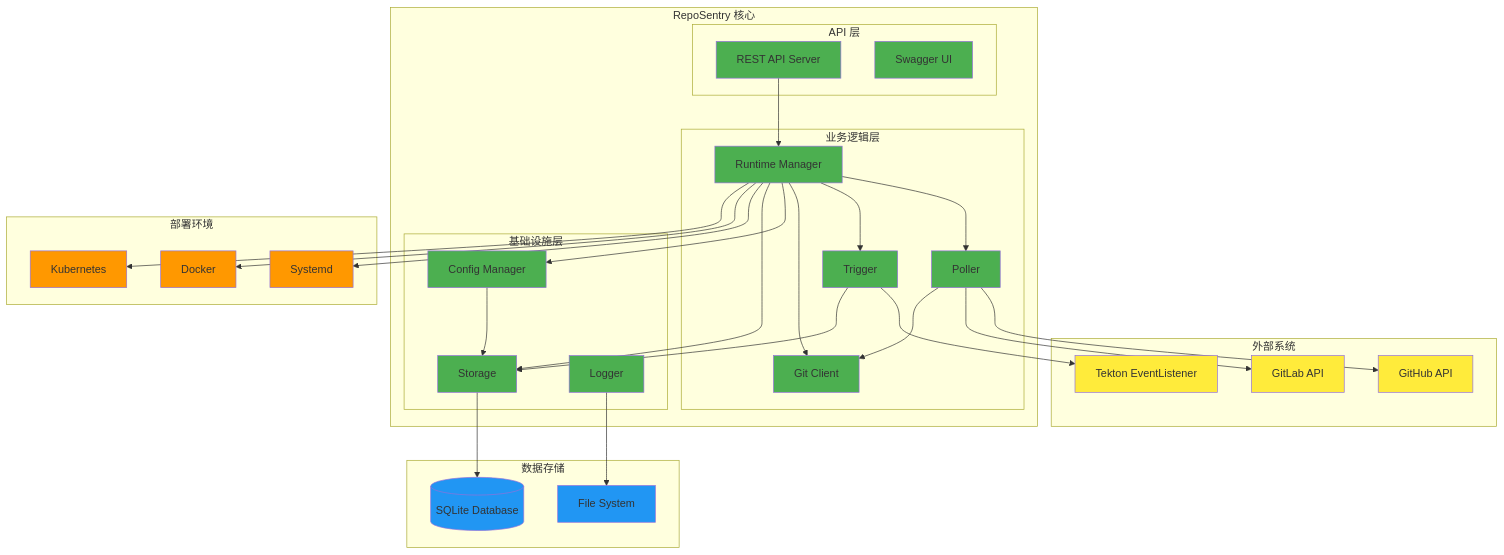
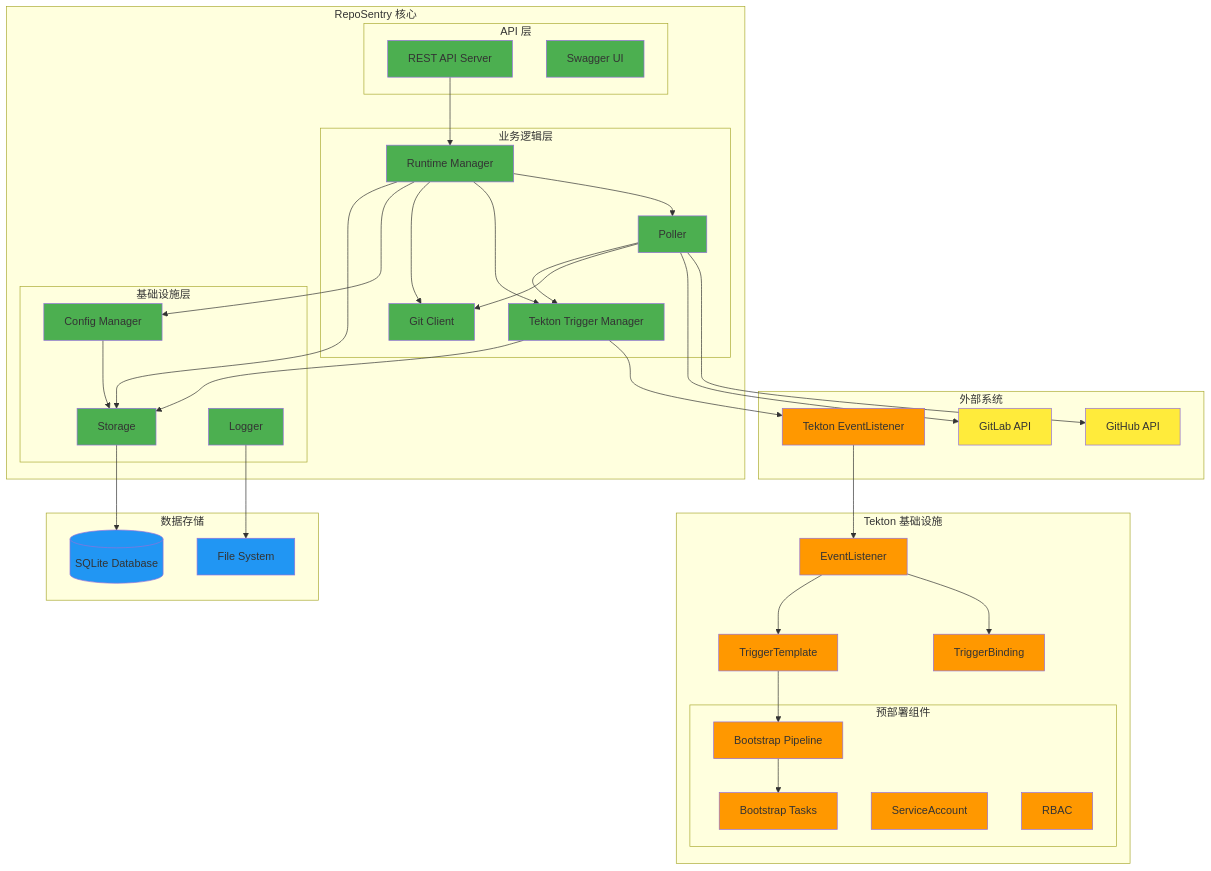
One commit to johnnynv/RepoSentry changed the first of 7 diagrams in docs/zh/architecture.md. Above: the diagram before and after it, drawn with Mermaid. The commit also changed other lines of this file and 53 other files, not shown here.

````diff
--- a/docs/zh/architecture.md
+++ b/docs/zh/architecture.md
@@ -25,7 +25,7 @@
         subgraph "业务逻辑层"
             RT[Runtime Manager]
             PL[Poller]
-            TR[Trigger]
+            TM[Tekton Trigger Manager]
             GC[Git Client]
         end
         
@@ -36,50 +36,59 @@
         end
     end
     
+    subgraph "Tekton 基础设施"
+        subgraph "预部署组件"
+            BP[Bootstrap Pipeline]
+            BT[Bootstrap Tasks]
+            SA[ServiceAccount]
+            RB[RBAC]
+        end
+        EL[EventListener]
+        TB[TriggerBinding]
+        TT[TriggerTemplate]
+    end
+    
     subgraph "数据存储"
         DB[(SQLite Database)]
         FS[File System]
     end
     
-    subgraph "部署环境"
-        SY[Systemd]
-        DK[Docker]
-        K8[Kubernetes]
-    end
-    
     %% 外部连接
     PL --> GH
     PL --> GL
-    TR --> TK
+    TM --> TK
     
     %% 内部连接
     API --> RT
     RT --> PL
-    RT --> TR
+    RT --> TM
     RT --> GC
     RT --> CF
     RT --> ST
     
     PL --> GC
-    TR --> ST
+    PL --> TM
+    TM --> ST
     CF --> ST
+    
+    %% Tekton 集成
+    TK --> EL
+    EL --> TB
+    EL --> TT
+    TT --> BP
+    BP --> BT
     
     %% 数据存储
     ST --> DB
     LG --> FS
     
-    %% 部署
-    RT --> SY
-    RT --> DK
-    RT --> K8
-    
     classDef external fill:#ffeb3b
     classDef core fill:#4caf50
+    classDef tekton fill:#ff9800
     classDef data fill:#2196f3
-    classDef deploy fill:#ff9800
     
-    class GH,GL,TK external
-    class API,SW,RT,PL,TR,GC,CF,ST,LG core
+    class GH,GL external
+    class API,SW,RT,PL,TM,GC,CF,ST,LG core
+    class BP,BT,SA,RB,EL,TB,TT,TK tekton
     class DB,FS data
-    class SY,DK,K8 deploy
 ```
````
